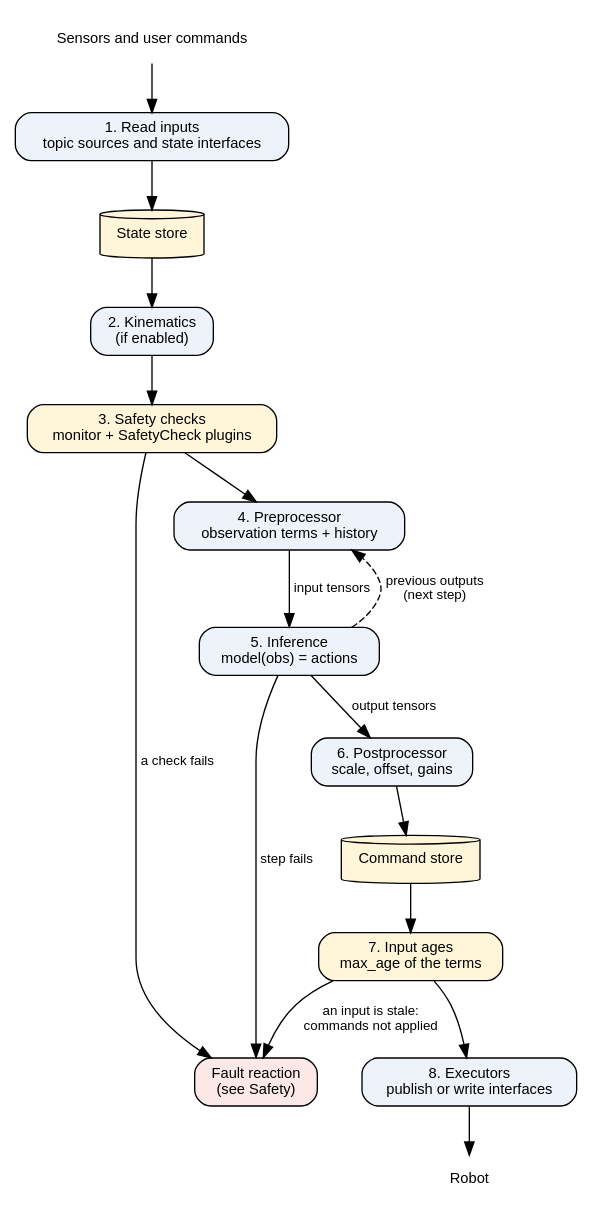
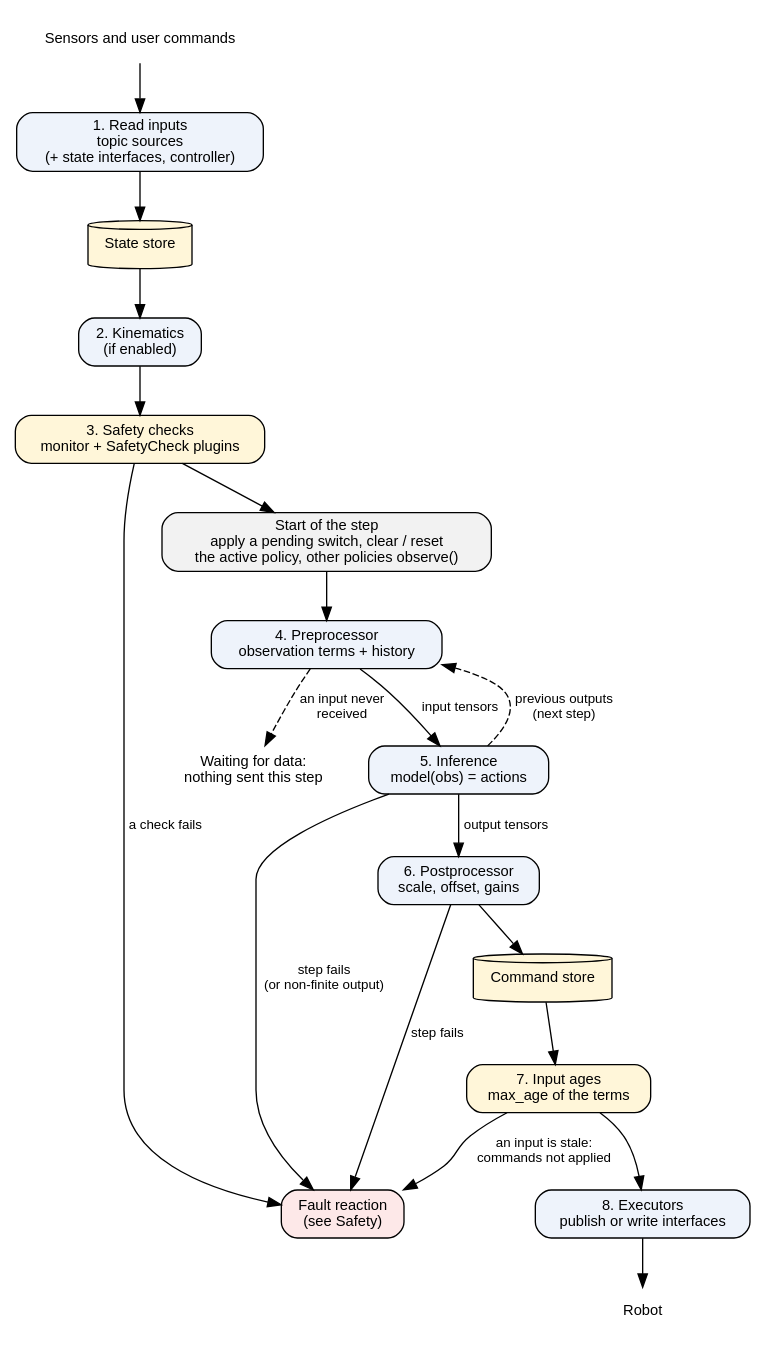
One commit to saikishor/ros2_policy_framework changed the diagram in docs/data_flow.rst. Above: the diagram before and after it, drawn with Graphviz. The commit also changed other lines of this file, not shown here.

Commit message:
Bring the data flow page and its step diagram in line with the pipeline and the controller

```diff
--- a/docs/data_flow.rst
+++ b/docs/data_flow.rst
@@ -57,30 +59,34 @@
 .. graphviz::
 
    digraph step {
      rankdir=TB;
      node [shape=box, style="rounded,filled", fillcolor="#eef3fb", fontname="Helvetica", fontsize=11];
      edge [fontname="Helvetica", fontsize=10];
 
      sensors [label="Sensors and user commands", shape=plaintext, fillcolor=none];
-     read [label="1. Read inputs\ntopic sources and state interfaces"];
+     read [label="1. Read inputs\ntopic sources\n(+ state interfaces, controller)"];
      state [label="State store", shape=cylinder, fillcolor="#fff6d9"];
      kin [label="2. Kinematics\n(if enabled)"];
      safety [label="3. Safety checks\nmonitor + SafetyCheck plugins", fillcolor="#fff6d9"];
      fault [label="Fault reaction\n(see Safety)", fillcolor="#fde8e8"];
+     start [label="Start of the step\napply a pending switch, clear / reset\nthe active policy, other policies observe()", fillcolor="#f2f2f2"];
      pre [label="4. Preprocessor\nobservation terms + history"];
+     wait [label="Waiting for data:\nnothing sent this step", shape=plaintext, fillcolor=none];
      inf [label="5. Inference\nmodel(obs) = actions"];
      post [label="6. Postprocessor\nscale, offset, gains"];
      commands [label="Command store", shape=cylinder, fillcolor="#fff6d9"];
      ages [label="7. Input ages\nmax_age of the terms", fillcolor="#fff6d9"];
      exec [label="8. Executors\npublish or write interfaces"];
      robot [label="Robot", shape=plaintext, fillcolor=none];
 
-     sensors -> read -> state -> kin -> safety -> pre;
+     sensors -> read -> state -> kin -> safety -> start -> pre;
      safety -> fault [label="a check fails"];
+     pre -> wait [label="an input never\nreceived", style=dashed];
      pre -> inf [label="input tensors"];
      inf -> post [label="output tensors"];
-     inf -> fault [label="step fails"];
+     inf -> fault [label="step fails\n(or non-finite output)"];
+     post -> fault [label="step fails"];
      post -> commands -> ages -> exec -> robot;
      ages -> fault [label="an input is stale:\ncommands not applied"];
      inf -> pre [label="previous outputs\n(next step)", style=dashed, constraint=false];
    }
```
